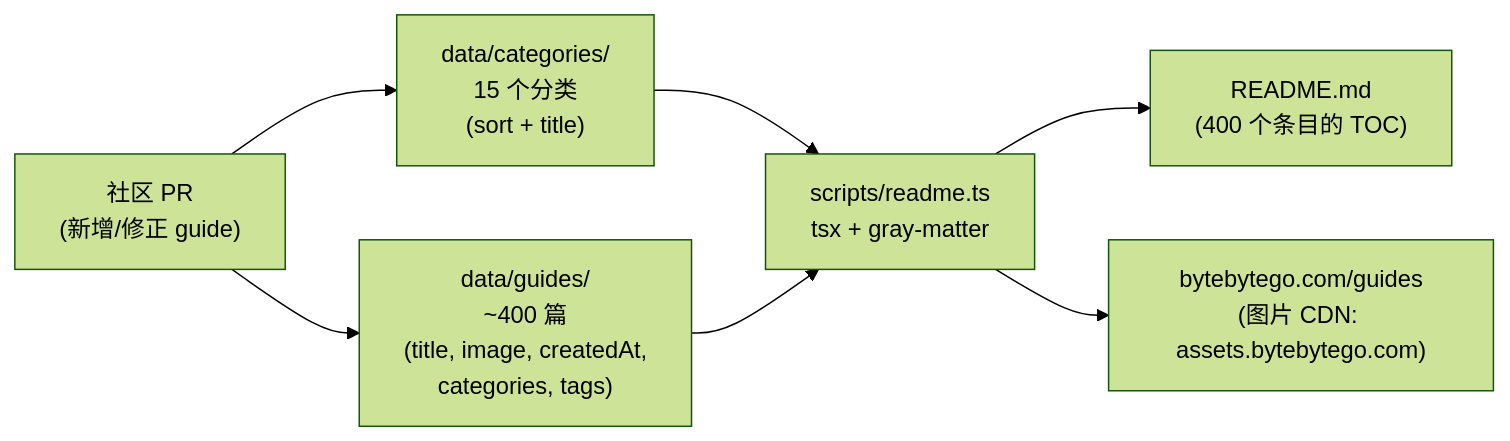
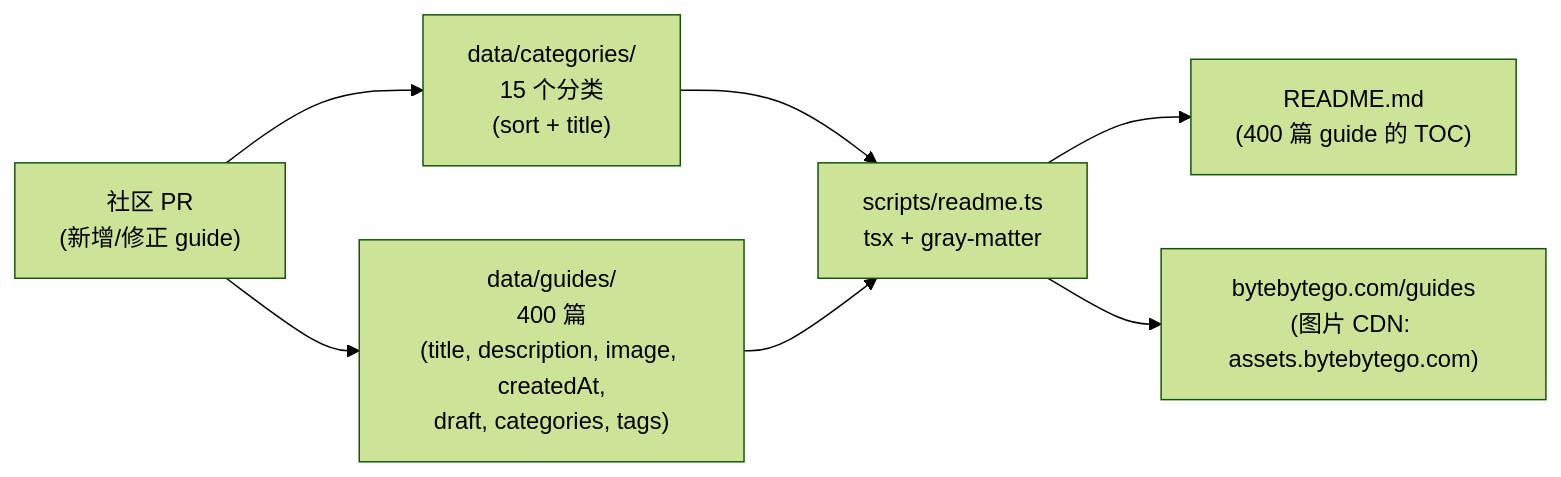
The first of 2 diagrams in content/posts/tech/bytebytego-system-design-101-guide.md (A1pha3/text-matrix), drawn with Mermaid (forest theme) before and after one commit. The commit also changed other lines of this file and 331 other files, not shown here.

````diff
--- a/content/posts/tech/bytebytego-system-design-101-guide.md
+++ b/content/posts/tech/bytebytego-system-design-101-guide.md
@@ -34,9 +34,9 @@
 ```mermaid
 flowchart LR
     Cat["data/categories/<br/>15 个分类<br/>(sort + title)"] --> Gen[scripts/readme.ts<br/>tsx + gray-matter]
-    Guides["data/guides/<br/>~400 篇<br/>(title, image, createdAt,<br/>categories, tags)"] --> Gen
-    Gen --> README["README.md<br/>(400 个条目的 TOC)"]
+    Guides["data/guides/<br/>400 篇<br/>(title, description, image, createdAt,<br/>draft, categories, tags)"] --> Gen
+    Gen --> README["README.md<br/>(400 篇 guide 的 TOC)"]
     Gen --> Site["bytebytego.com/guides<br/>(图片 CDN: assets.bytebytego.com)"]
     PR["社区 PR<br/>(新增/修正 guide)"] --> Cat
     PR --> Guides
 ```
````
